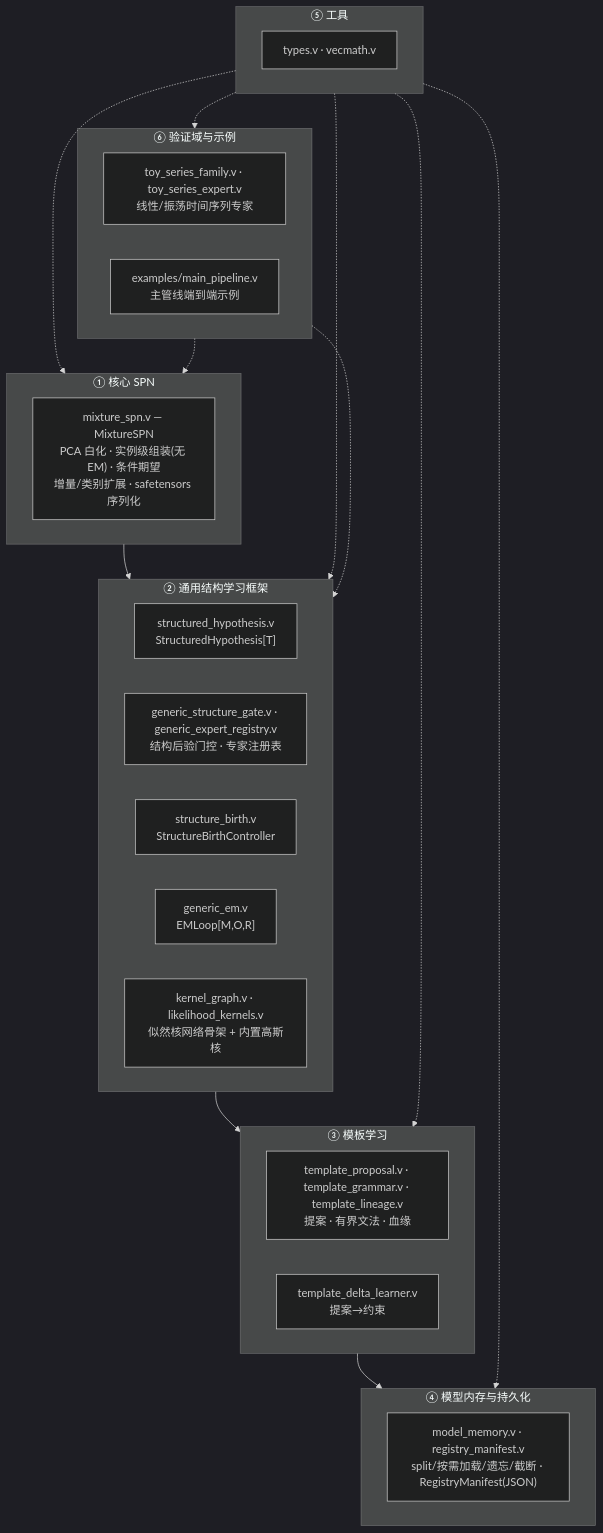
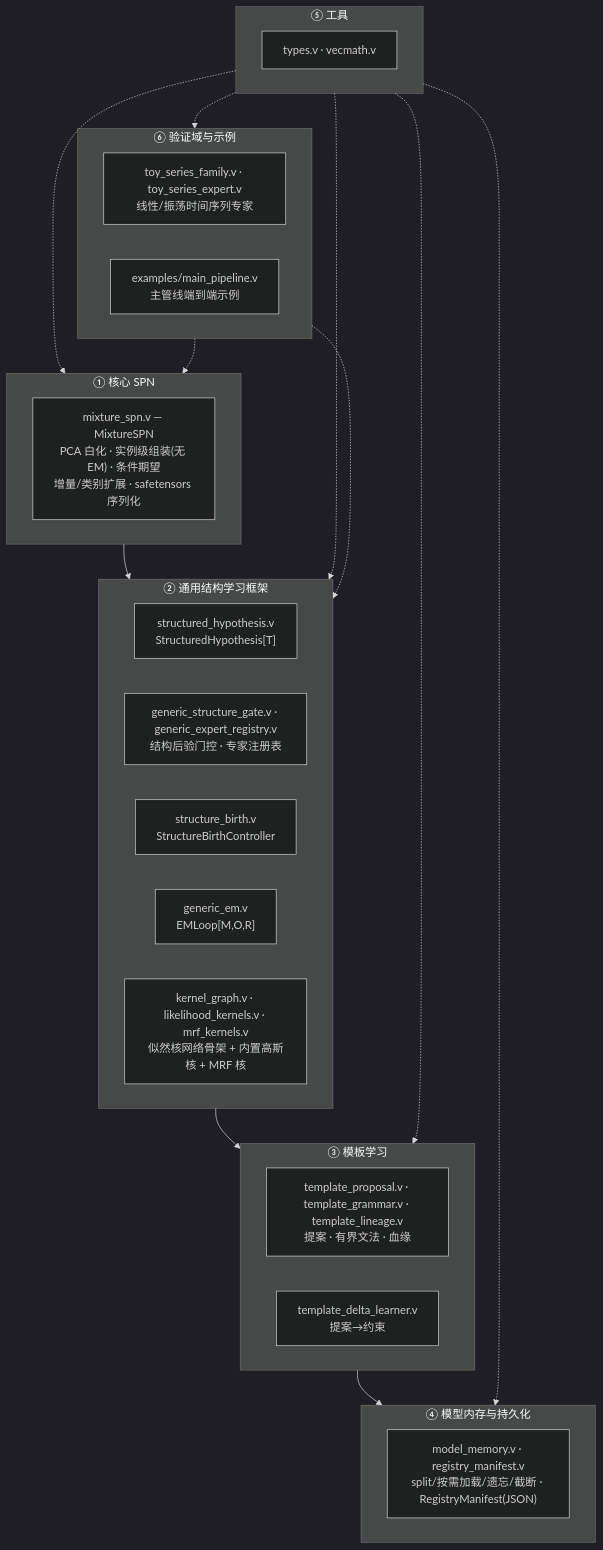
The first of 2 diagrams in README.md (aki-xavier/conger), drawn with Mermaid (dark theme) before and after one commit. The commit also changed other lines of this file and 4 other files, not shown here.

First line of the commit message:
Add MRF likelihood kernels (GMRF + Potts) with lattice wiring

````diff
--- a/README.md
+++ b/README.md
@@ -11,30 +11,30 @@
 ```mermaid
 flowchart TD
     subgraph L1["① 核心 SPN"]
         A["mixture_spn.v — MixtureSPN<br/>PCA 白化 · 实例级组装(无 EM) · 条件期望<br/>增量/类别扩展 · safetensors 序列化"]
     end
     subgraph L2["② 通用结构学习框架"]
         B["structured_hypothesis.v<br/>StructuredHypothesis[T]"]
         C["generic_structure_gate.v · generic_expert_registry.v<br/>结构后验门控 · 专家注册表"]
         D["structure_birth.v<br/>StructureBirthController"]
         E["generic_em.v<br/>EMLoop[M,O,R]"]
-        K["kernel_graph.v · likelihood_kernels.v<br/>似然核网络骨架 + 内置高斯核"]
+        K["kernel_graph.v · likelihood_kernels.v · mrf_kernels.v<br/>似然核网络骨架 + 内置高斯核 + MRF 核"]
     end
     subgraph L3["③ 模板学习"]
         G["template_proposal.v · template_grammar.v · template_lineage.v<br/>提案 · 有界文法 · 血缘"]
         H["template_delta_learner.v<br/>提案→约束"]
     end
     subgraph L4["④ 模型内存与持久化"]
         I["model_memory.v · registry_manifest.v<br/>split/按需加载/遗忘/截断 · RegistryManifest(JSON)"]
     end
     subgraph L5["⑤ 工具"]
         J["types.v · vecmath.v"]
     end
     subgraph L6["⑥ 验证域与示例"]
         T["toy_series_family.v · toy_series_expert.v<br/>线性/振荡时间序列专家"]
         X["examples/main_pipeline.v<br/>主管线端到端示例"]
     end
     L1 --> L2 --> L3 --> L4
     L5 -.-> L1 & L2 & L3 & L4 & L6
     L6 -.-> L1 & L2
 ```
````
